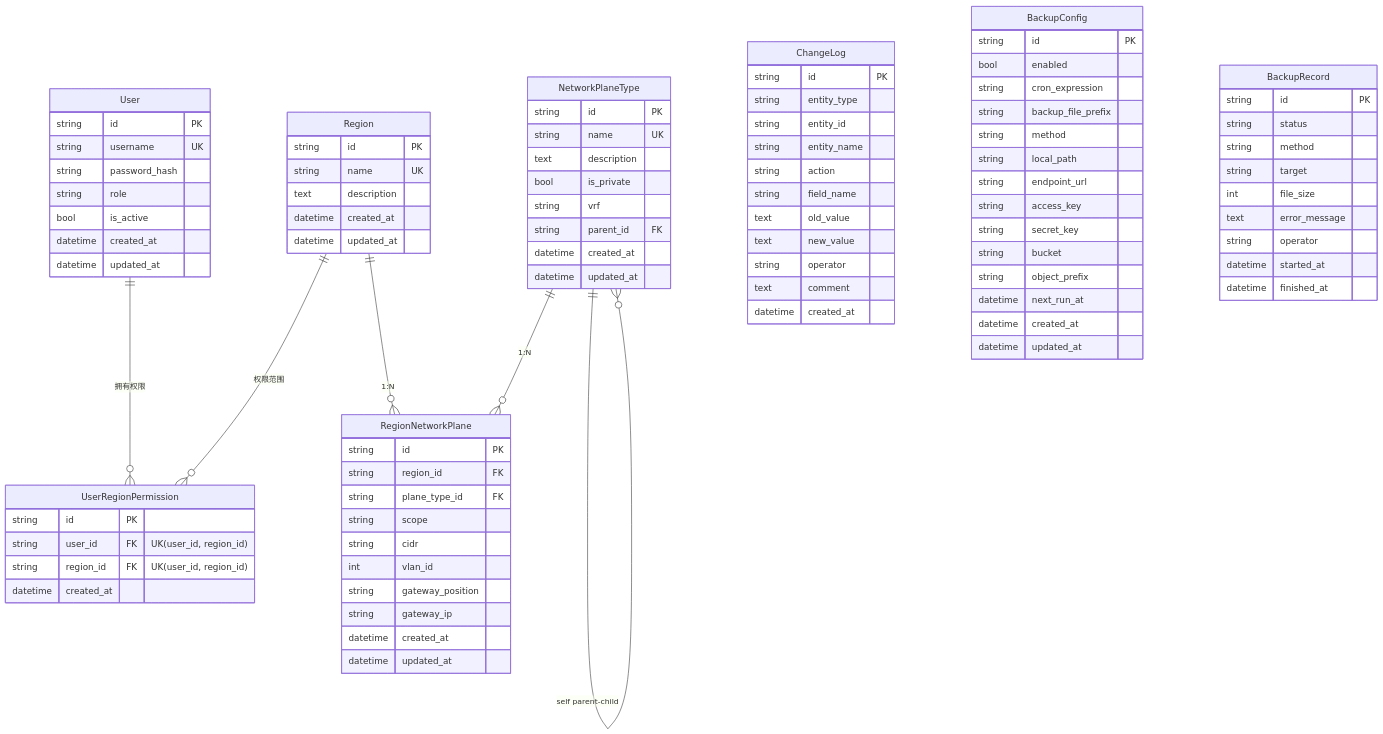
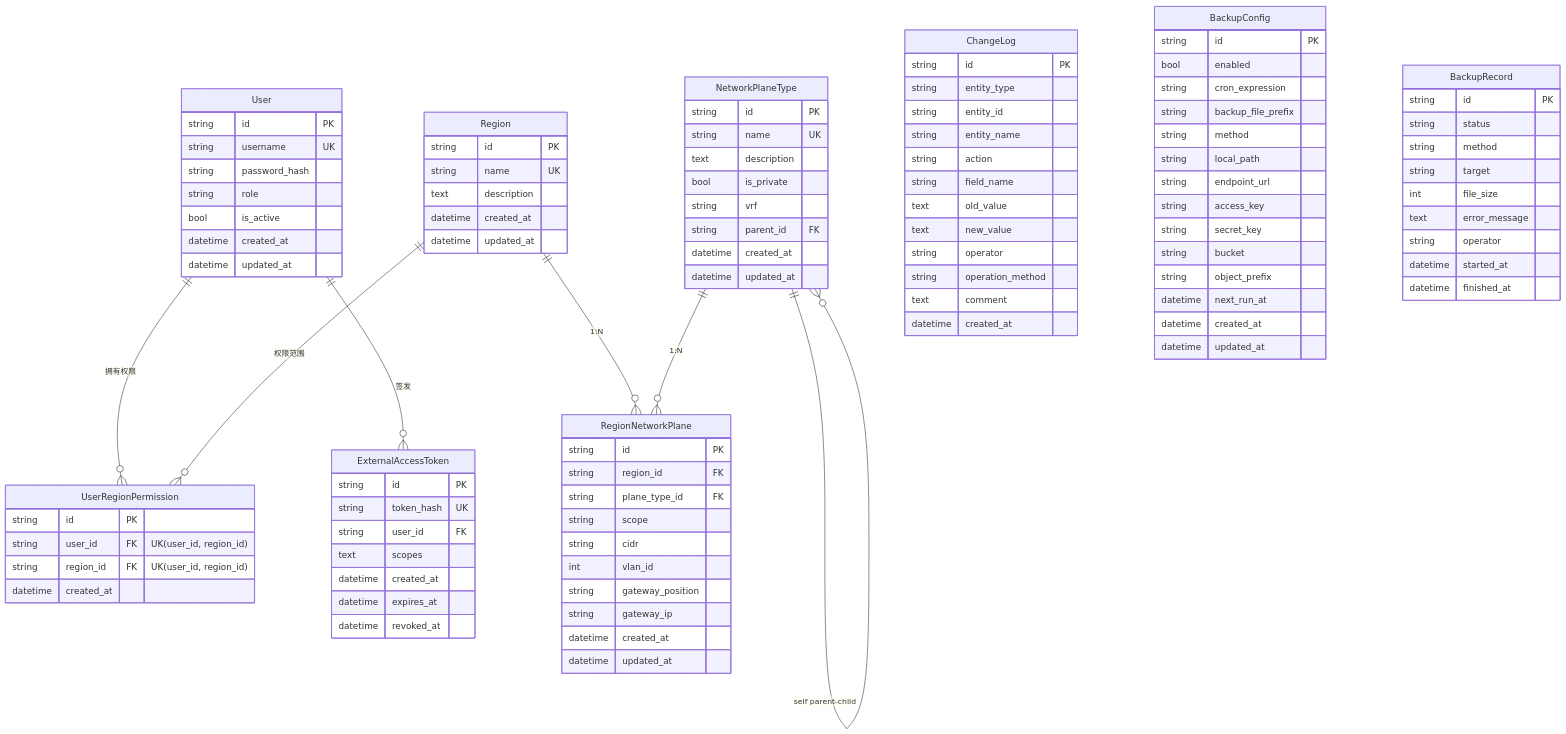
The second of 5 diagrams in SYSTEM_DESIGN.md (zhou-xingxing/dc-network-planner), drawn with Mermaid before and after one commit. The commit also changed other lines of this file and 15 other files, not shown here.

````diff
--- a/SYSTEM_DESIGN.md
+++ b/SYSTEM_DESIGN.md
@@ -104,6 +105,7 @@
 ```mermaid
 erDiagram
     User ||--o{ UserRegionPermission : "拥有权限"
+    User ||--o{ ExternalAccessToken : "签发"
     Region ||--o{ UserRegionPermission : "权限范围"
     Region ||--o{ RegionNetworkPlane : "1:N"
     NetworkPlaneType ||--o{ NetworkPlaneType : "self parent-child"
@@ -168,8 +170,19 @@
         text   old_value
         text   new_value
         string operator
+        string operation_method
         text   comment
         datetime created_at
+    }
+
+    ExternalAccessToken {
+        string id PK
+        string token_hash UK
+        string user_id FK
+        text   scopes
+        datetime created_at
+        datetime expires_at
+        datetime revoked_at
     }
 
     BackupConfig {
````
